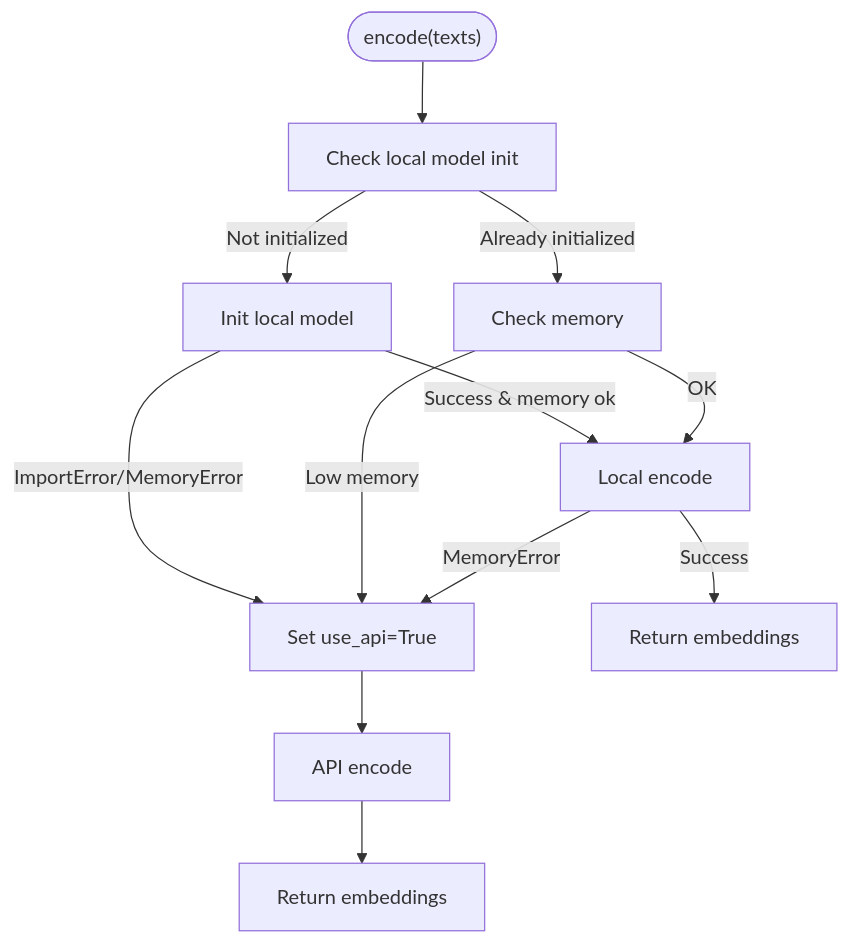
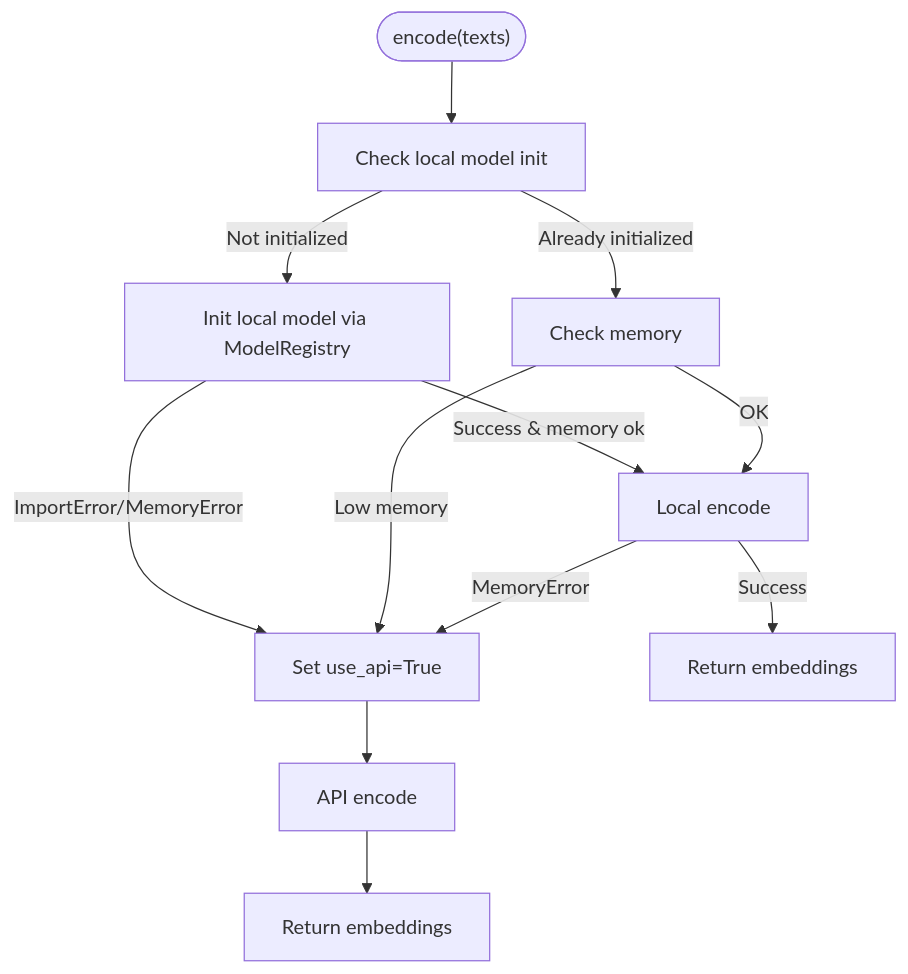
One commit to maemreyo/zmr-ctx-paker changed the third of 11 diagrams in .qoder/repowiki/en/content/Core Modules/Vector Index System/Vector Index System.md. Above: the diagram before and after it, drawn with Mermaid. The commit also changed other lines of this file and 94 other files, not shown here.

````diff
--- a/.qoder/repowiki/en/content/Core Modules/Vector Index System/Vector Index System.md
+++ b/.qoder/repowiki/en/content/Core Modules/Vector Index System/Vector Index System.md
@@ -176,14 +212,14 @@
 ```mermaid
 flowchart TD
 Start(["encode(texts)"]) --> CheckLocal["Check local model init"]
-CheckLocal --> |Not initialized| InitLocal["Init local model"]
+CheckLocal --> |Not initialized| InitLocal["Init local model via ModelRegistry"]
 InitLocal --> |Success & memory ok| LocalEncode["Local encode"]
 InitLocal --> |ImportError/MemoryError| UseAPI["Set use_api=True"]
 CheckLocal --> |Already initialized| CheckMem["Check memory"]
 CheckMem --> |OK| LocalEncode
 CheckMem --> |Low memory| UseAPI
 LocalEncode --> |Success| ReturnLocal["Return embeddings"]
 LocalEncode --> |MemoryError| UseAPI
 UseAPI --> APICall["API encode"]
 APICall --> ReturnAPI["Return embeddings"]
 ```
````
